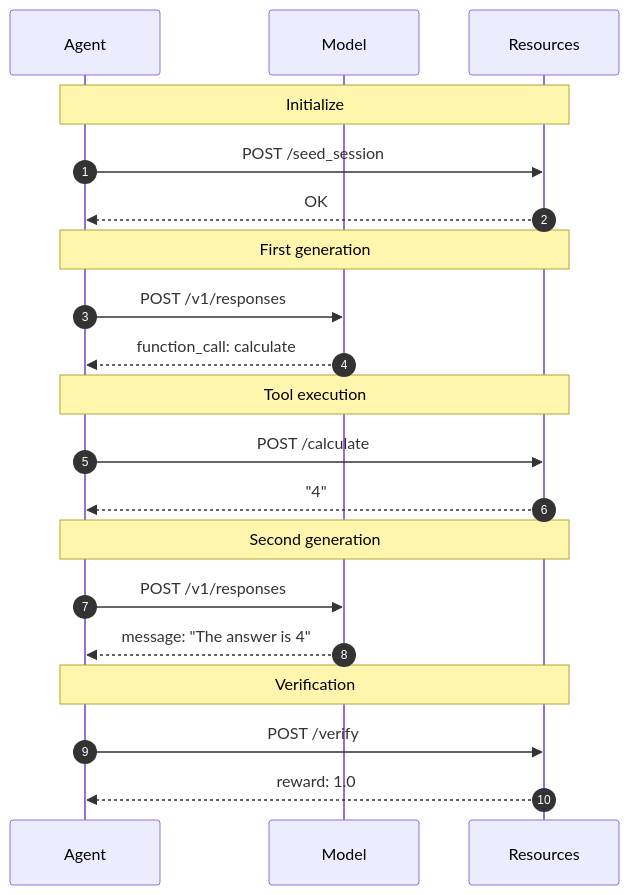
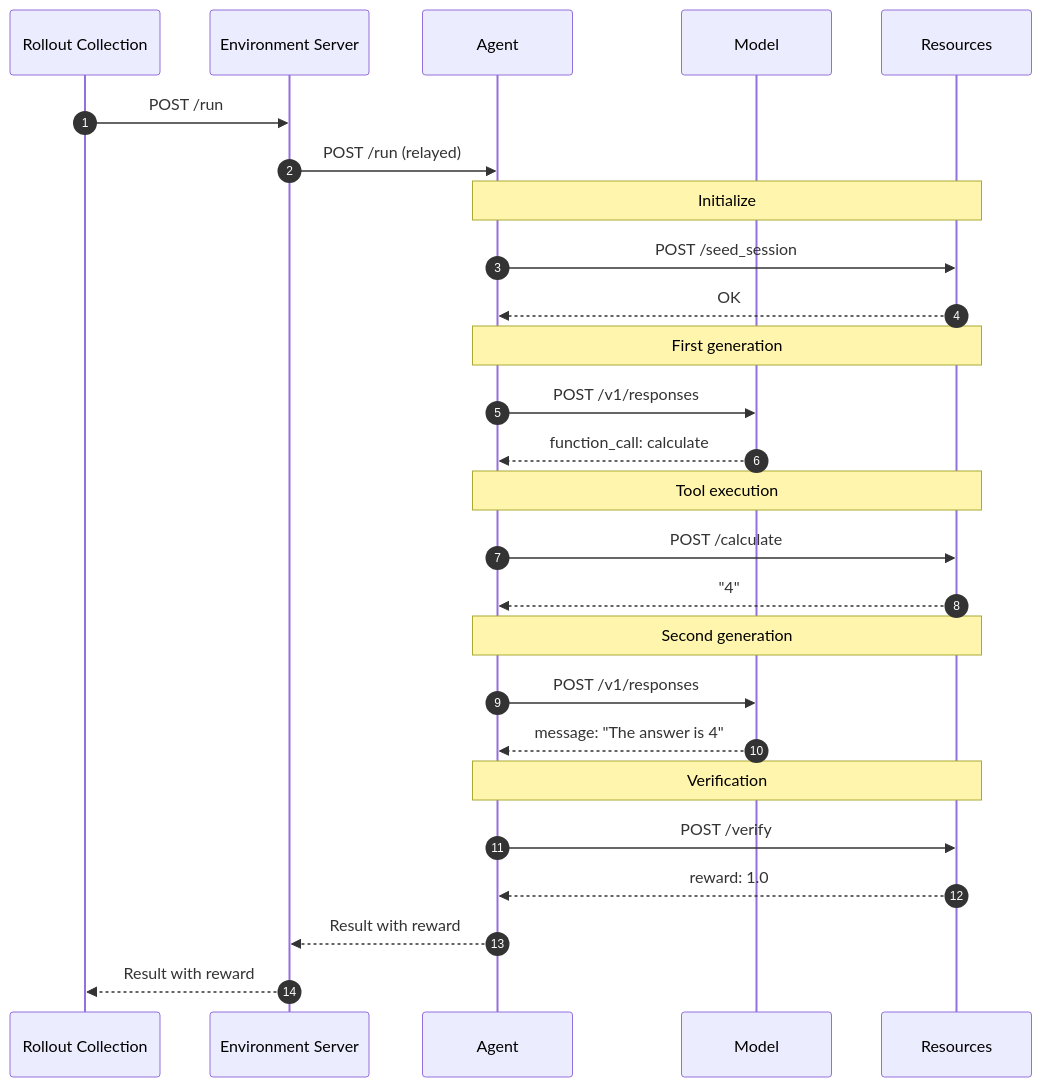
The third of 4 diagrams in fern/versions/latest/pages/infrastructure/engineering-notes/system-design.mdx (roudimit/Gym), drawn with Mermaid before and after one commit. The commit also changed other lines of this file, not shown here.

First line of the commit message:
docs(infrastructure): correct system design page startup and rollout flow (#4101)

````diff
--- a/fern/versions/latest/pages/infrastructure/engineering-notes/system-design.mdx
+++ b/fern/versions/latest/pages/infrastructure/engineering-notes/system-design.mdx
@@ -97,28 +133,36 @@
 ```mermaid
 %%{init: {'theme': 'default', 'themeVariables': { 'lineColor': '#5c6bc0', 'primaryTextColor': '#333'}}}%%
 sequenceDiagram
     autonumber
+    participant Client as Rollout Collection
+    participant Env as Environment Server
     participant Agent as Agent
     participant Model as Model
     participant Resources as Resources
-    
+
+    Client->>Env: POST /run
+    Env->>Agent: POST /run (relayed)
+
     Note over Agent,Resources: Initialize
     Agent->>Resources: POST /seed_session
     Resources-->>Agent: OK
-    
+
     Note over Agent,Resources: First generation
     Agent->>Model: POST /v1/responses
     Model-->>Agent: function_call: calculate
-    
+
     Note over Agent,Resources: Tool execution
     Agent->>Resources: POST /calculate
     Resources-->>Agent: "4"
-    
+
     Note over Agent,Resources: Second generation
     Agent->>Model: POST /v1/responses
     Model-->>Agent: message: "The answer is 4"
-    
+
     Note over Agent,Resources: Verification
     Agent->>Resources: POST /verify
     Resources-->>Agent: reward: 1.0
+
+    Agent-->>Env: Result with reward
+    Env-->>Client: Result with reward
 ```
````
